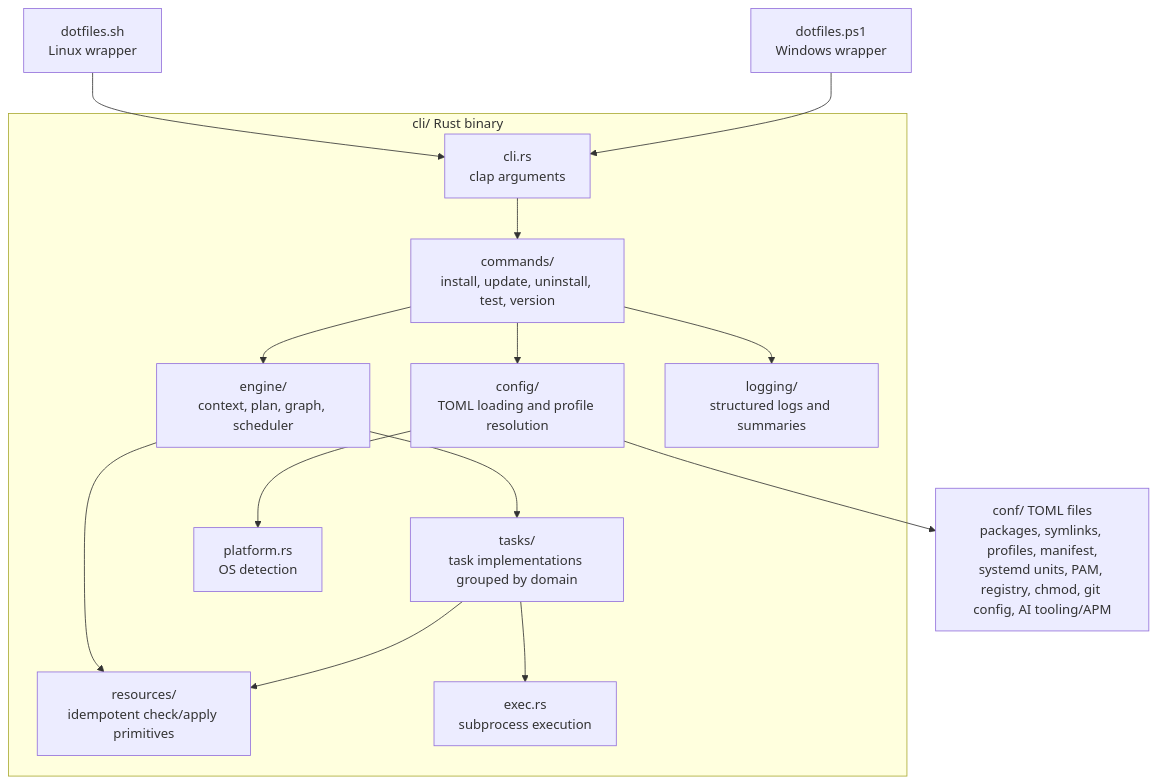
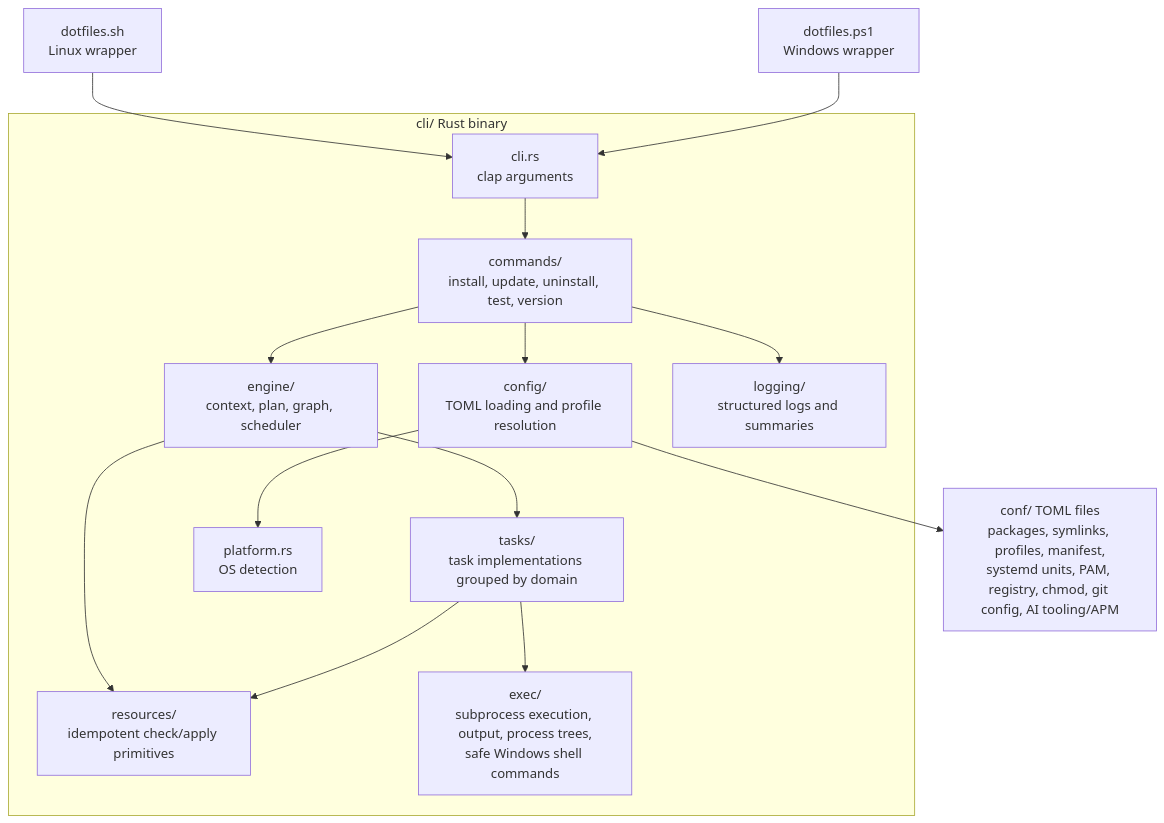
Before and after one commit to sneivandt/dotfiles: the diagram in docs/ARCHITECTURE.md, drawn with Mermaid. The commit also changed other lines of this file and 61 other files, not shown here.

````diff
--- a/docs/ARCHITECTURE.md
+++ b/docs/ARCHITECTURE.md
@@ -54,31 +54,31 @@
 ```mermaid
 flowchart TD
     linux["dotfiles.sh<br/>Linux wrapper"]
     windows["dotfiles.ps1<br/>Windows wrapper"]
 
     linux --> cli
     windows --> cli
 
     subgraph rust_binary["cli/ Rust binary"]
         cli["cli.rs<br/>clap arguments"]
         commands["commands/<br/>install, update, uninstall, test, version"]
         config["config/<br/>TOML loading and profile resolution"]
         engine["engine/<br/>context, plan, graph, scheduler"]
         resources["resources/<br/>idempotent check/apply primitives"]
         tasks["tasks/<br/>task implementations grouped by domain"]
         platform["platform.rs<br/>OS detection"]
         logging["logging/<br/>structured logs and summaries"]
-        exec["exec.rs<br/>subprocess execution"]
+        exec["exec/<br/>subprocess execution, output, process trees,<br/>safe Windows shell commands"]
     end
 
     cli --> commands
     commands --> config
     commands --> engine
     engine --> tasks
     engine --> resources
     tasks --> resources
     tasks --> exec
     config --> platform
     commands --> logging
     config --> conf["conf/ TOML files<br/>packages, symlinks, profiles, manifest,<br/>systemd units, PAM, registry, chmod, git config, AI tooling/APM"]
 ```
````
